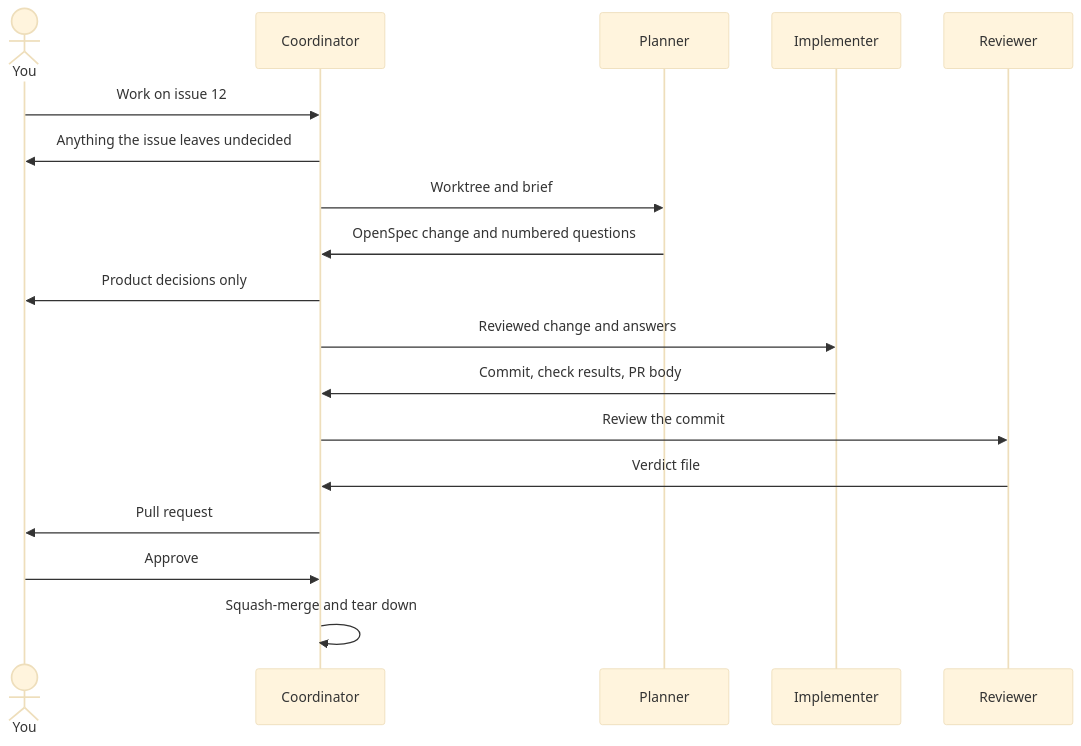
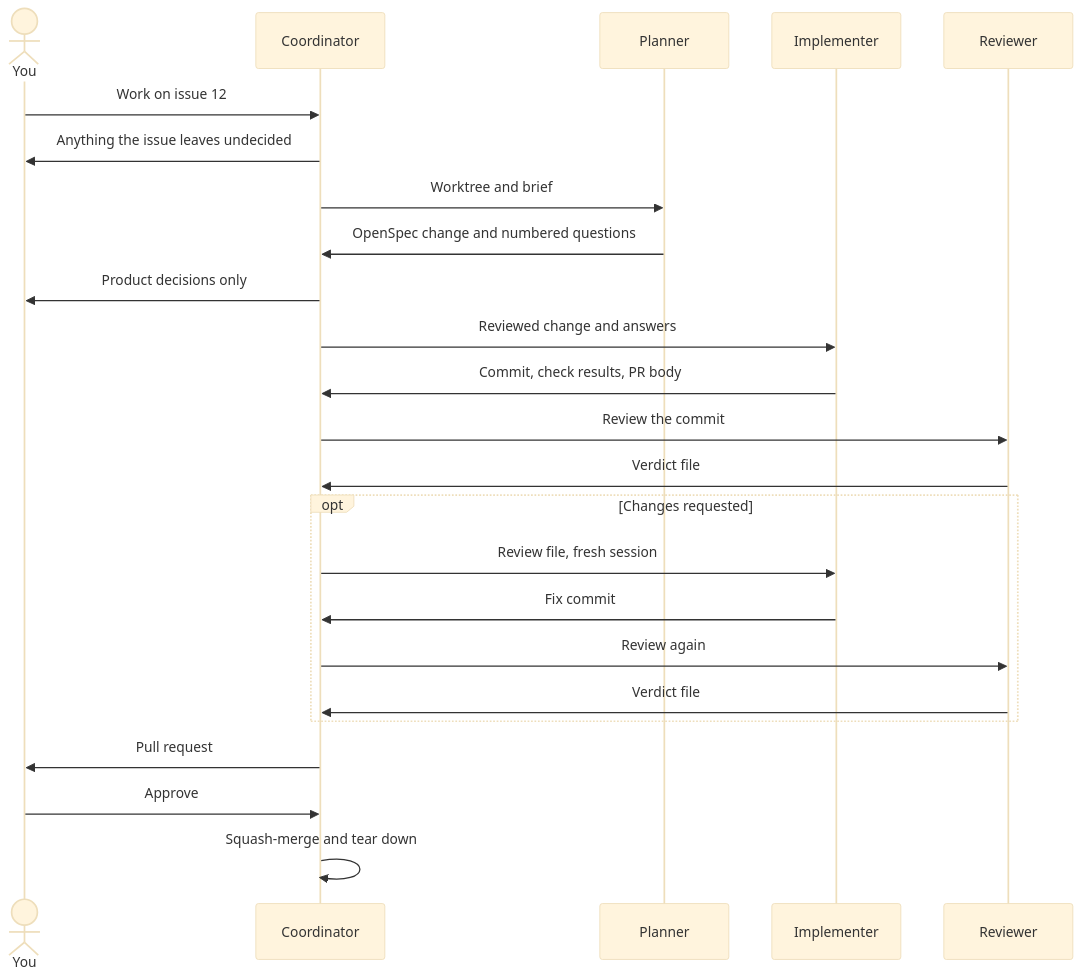
The diagram in README.md (nicoleman0/switchyard), drawn with Mermaid (base theme) before and after one commit. The commit also changed other lines of this file and 3 other files, not shown here.

````diff
--- a/README.md
+++ b/README.md
@@ -44,20 +44,26 @@
 ```mermaid
 sequenceDiagram
     actor You
     participant C as Coordinator
     participant P as Planner
     participant I as Implementer
     participant R as Reviewer
     You->>C: Work on issue 12
     C->>You: Anything the issue leaves undecided
     C->>P: Worktree and brief
     P->>C: OpenSpec change and numbered questions
     C->>You: Product decisions only
     C->>I: Reviewed change and answers
     I->>C: Commit, check results, PR body
     C->>R: Review the commit
     R->>C: Verdict file
+    opt Changes requested
+        C->>I: Review file, fresh session
+        I->>C: Fix commit
+        C->>R: Review again
+        R->>C: Verdict file
+    end
     C->>You: Pull request
     You->>C: Approve
     C->>C: Squash-merge and tear down
 ```
````
